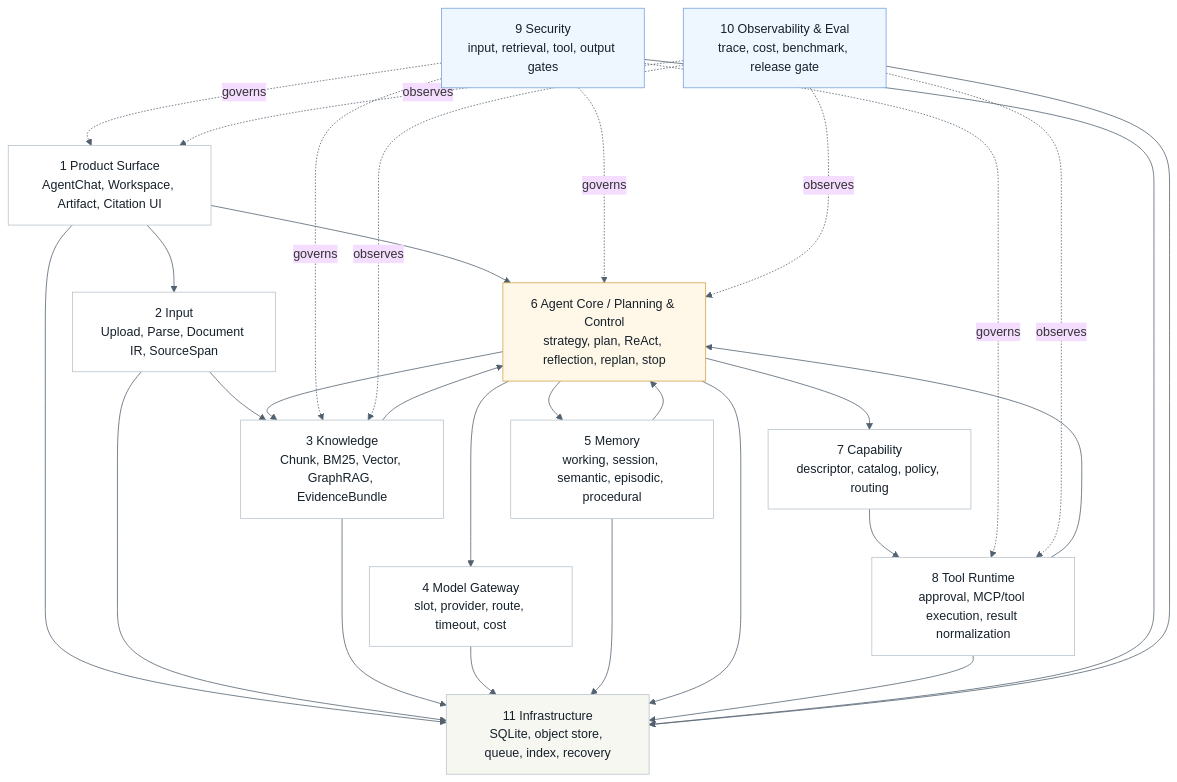
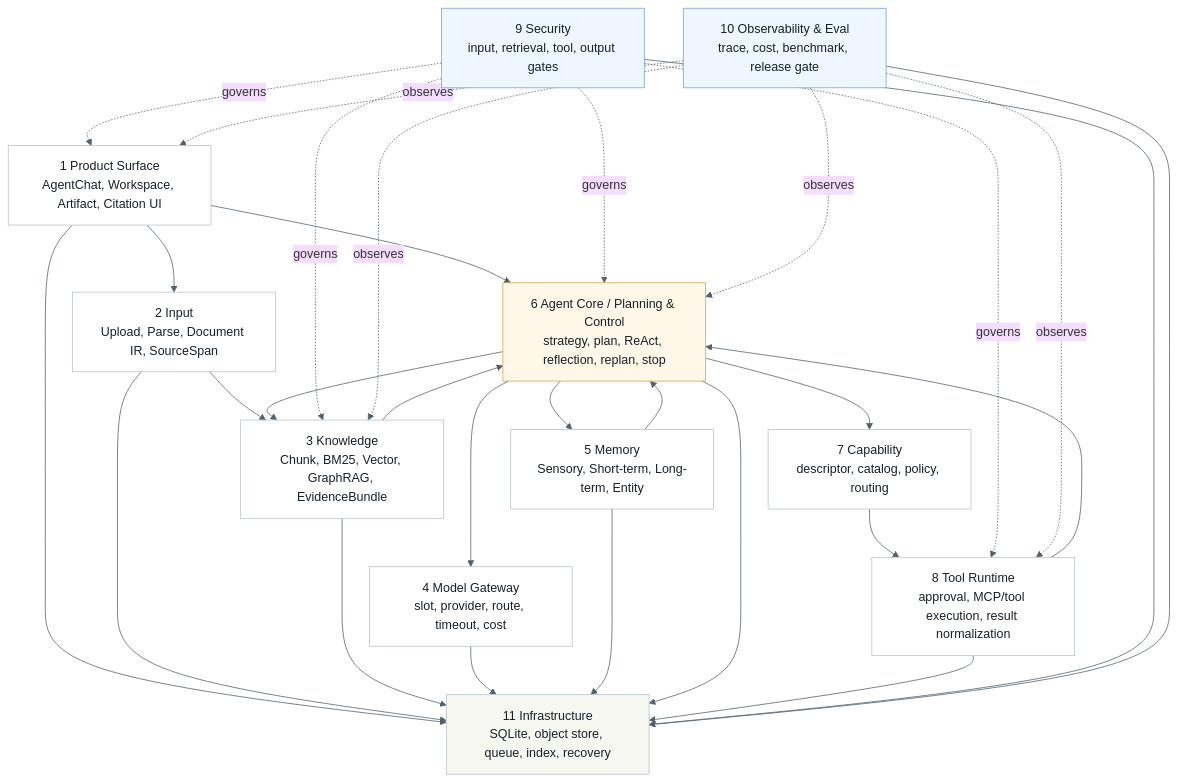
One commit to ProfessorZhi/Zuno changed the first of 16 diagrams in .agent/architecture/architecture.md. Above: the diagram before and after it, drawn with Mermaid. The commit also changed other lines of this file and 19 other files, not shown here.

Commit message:
Harden architecture contracts and offline atlas

````diff
--- a/.agent/architecture/architecture.md
+++ b/.agent/architecture/architecture.md
@@ -498,52 +526,52 @@
 ```mermaid
 %%{init: {"theme": "base", "themeVariables": {"background": "#f7f8fb", "lineColor": "#52616f"}}}%%
 flowchart TB
   classDef node fill:#ffffff,stroke:#b8c2cc,stroke-width:1px,color:#16202a;
   classDef core fill:#fff8e8,stroke:#d2a44a,stroke-width:1px,color:#16202a;
   classDef guard fill:#eef6ff,stroke:#7aa2d8,stroke-width:1px,color:#16202a;
   classDef infra fill:#f7f7f2,stroke:#b8c2cc,stroke-width:1px,color:#16202a;
 
   Product["1 Product Surface<br/>AgentChat, Workspace, Artifact, Citation UI"]
   Input["2 Input<br/>Upload, Parse, Document IR, SourceSpan"]
   Knowledge["3 Knowledge<br/>Chunk, BM25, Vector, GraphRAG, EvidenceBundle"]
   Model["4 Model Gateway<br/>slot, provider, route, timeout, cost"]
-  Memory["5 Memory<br/>working, session, semantic, episodic, procedural"]
+  Memory["5 Memory<br/>Sensory, Short-term, Long-term, Entity"]
   Agent["6 Agent Core / Planning & Control<br/>strategy, plan, ReAct, reflection, replan, stop"]
   Capability["7 Capability<br/>descriptor, catalog, policy, routing"]
   Tool["8 Tool Runtime<br/>approval, MCP/tool execution, result normalization"]
   Security["9 Security<br/>input, retrieval, tool, output gates"]
   Observability["10 Observability & Eval<br/>trace, cost, benchmark, release gate"]
   Infra["11 Infrastructure<br/>SQLite, object store, queue, index, recovery"]
 
   Product --> Agent
   Product --> Input --> Knowledge
   Agent --> Model
   Agent --> Memory
   Agent --> Knowledge
   Agent --> Capability --> Tool
   Tool --> Agent
   Knowledge --> Agent
   Memory --> Agent
   Security -. governs .-> Product
   Security -. governs .-> Knowledge
   Security -. governs .-> Tool
   Security -. governs .-> Agent
   Observability -. observes .-> Product
   Observability -. observes .-> Knowledge
   Observability -. observes .-> Tool
   Observability -. observes .-> Agent
   Product --> Infra
   Input --> Infra
   Knowledge --> Infra
   Model --> Infra
   Memory --> Infra
   Agent --> Infra
   Tool --> Infra
   Security --> Infra
   Observability --> Infra
 
   class Product,Input,Knowledge,Model,Memory,Capability,Tool node;
   class Agent core;
   class Security,Observability guard;
   class Infra infra;
 ```
````
